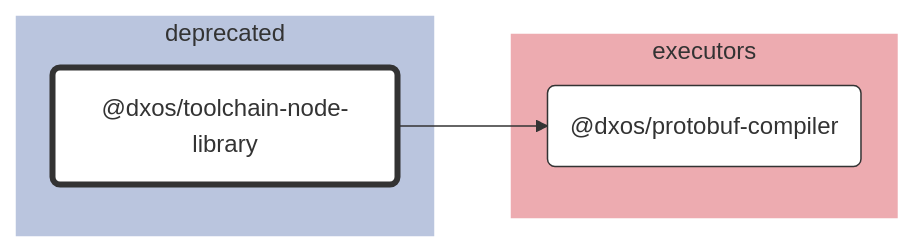
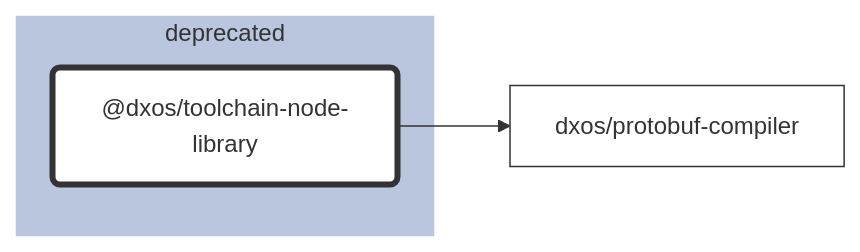
Before and after one commit to dxos/dxos: the diagram in tools/deprecated/toolchain-node-library/docs/README.md, drawn with Mermaid. The commit also changed 84 other files, not shown here.

````diff
--- a/tools/deprecated/toolchain-node-library/docs/README.md
+++ b/tools/deprecated/toolchain-node-library/docs/README.md
@@ -7,34 +7,21 @@
 ```mermaid
 %%{ init: {'flowchart':{'curve':'basis'}} }%%
 
 flowchart LR
 
-%% Links
-dxos/toolchain-node-library --> dxos/protobuf-compiler;
+%% Classes
+classDef default fill:#fff,stroke:#333,stroke-width:1px
+classDef root fill:#fff,stroke:#333,stroke-width:4px
 
-%% Sections
-subgraph deprecated
-  style deprecated fill:#bac5de,stroke:#fff;
+%% Nodes
 
-  dxos/toolchain-node-library("@dxos/toolchain-node-library")
+subgraph deprecated [deprecated]
+  style deprecated fill:#bac5de,stroke:#fff
+  dxos/toolchain-node-library("@dxos/toolchain-node-library"):::root
+  click dxos/toolchain-node-library "dxos/dxos/tree/main/tools/deprecated/toolchain-node-library/docs"
 end
 
-subgraph executors
-  style executors fill:#edabb0,stroke:#fff;
-
-  dxos/protobuf-compiler("@dxos/protobuf-compiler")
-end
-
-
-%% Hyperlinks
-click dxos/protobuf-compiler "dxos/dxos/tree/main/tools/executors/protobuf-compiler/docs";
-
-%% Styles
-classDef rootNode fill:#fff,stroke:#333,stroke-width:4px
-classDef defaultNode fill:#fff,stroke:#333,stroke-width:1px
+%% Links
 linkStyle default stroke:#333,stroke-width:1px
-
-dxos/toolchain-node-library:::rootNode
-
-dxos/protobuf-compiler:::defaultNode
+dxos/toolchain-node-library --> dxos/protobuf-compiler
 ```
````
